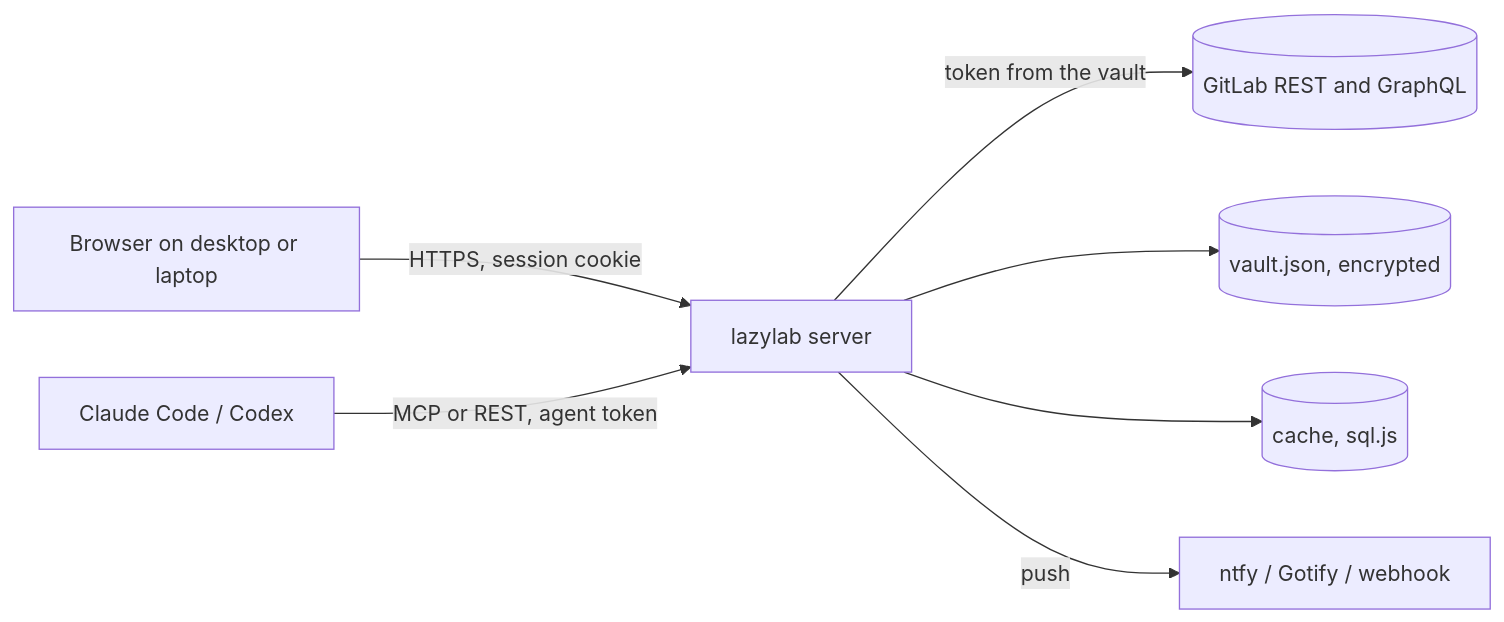
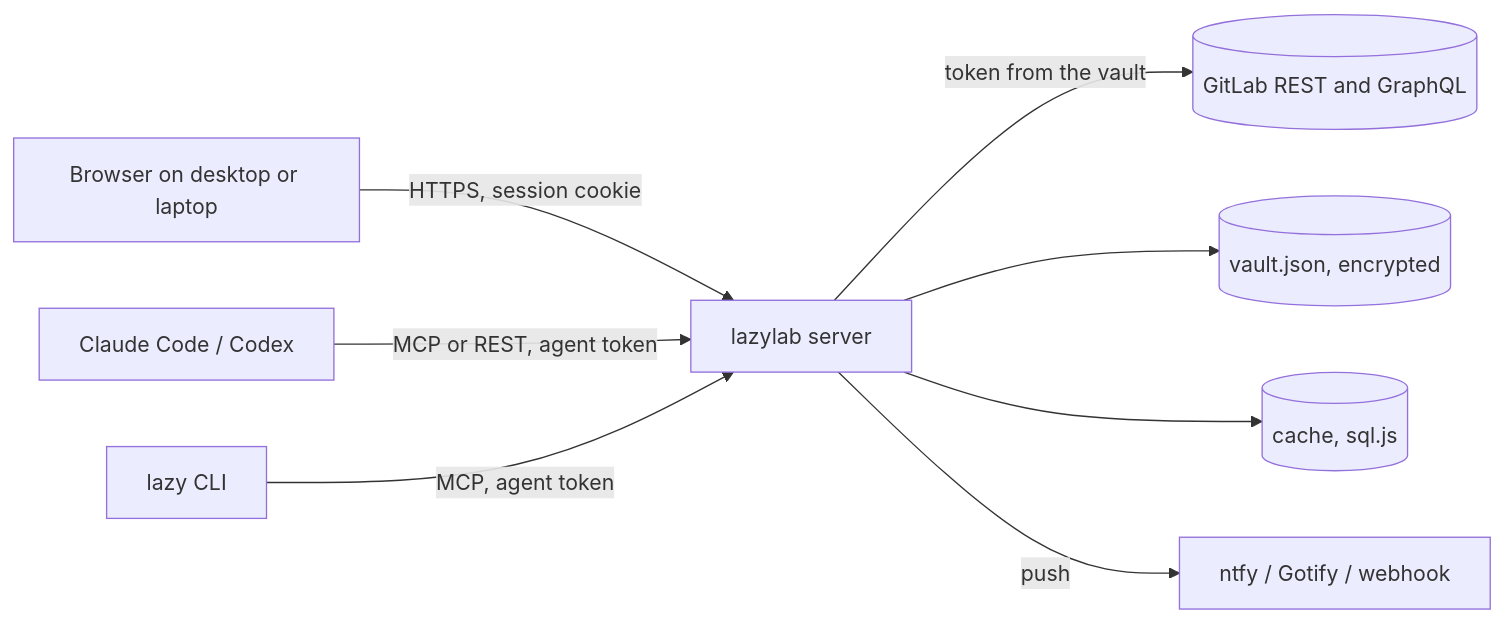
The second of 2 diagrams in docs/src/index.md (sgkens/lazylab), drawn with Mermaid before and after one commit. The commit also changed other lines of this file and 12 other files, not shown here.

````diff
--- a/docs/src/index.md
+++ b/docs/src/index.md
@@ -23,9 +79,10 @@
 ```mermaid
 flowchart LR
   B[Browser on desktop or laptop] -->|HTTPS, session cookie| L[lazylab server]
   A[Claude Code / Codex] -->|MCP or REST, agent token| L
+  T[lazy CLI] -->|MCP, agent token| L
   L -->|token from the vault| G[(GitLab REST and GraphQL)]
   L --> V[(vault.json, encrypted)]
   L --> C[(cache, sql.js)]
   L -->|push| P[ntfy / Gotify / webhook]
 ```
````
